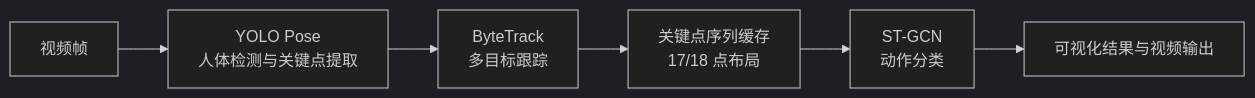
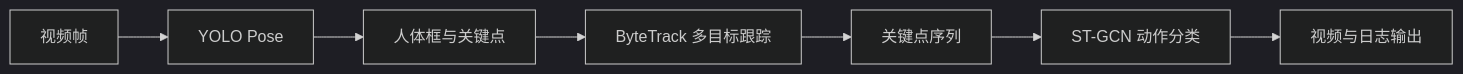
The diagram in README.md (Drmufeng/ultralytics), drawn with Mermaid (dark theme) before and after one commit. The commit also changed other lines of this file and 1 other file, not shown here.

````diff
--- a/README.md
+++ b/README.md
@@ -10,8 +11,9 @@
-```mermaid
+~~~mermaid
 flowchart LR
-    A[视频帧] --> B[YOLO Pose<br/>人体检测与关键点提取]
-    B --> C[ByteTrack<br/>多目标跟踪]
-    C --> D[关键点序列缓存<br/>17/18 点布局]
-    D --> E[ST-GCN<br/>动作分类]
-    E --> F[可视化结果与视频输出]
-```
+    A[视频帧] --> B[YOLO Pose]
+    B --> C[人体框与关键点]
+    C --> D[ByteTrack 多目标跟踪]
+    D --> E[关键点序列]
+    E --> F[ST-GCN 动作分类]
+    F --> G[视频与日志输出]
+~~~
````
